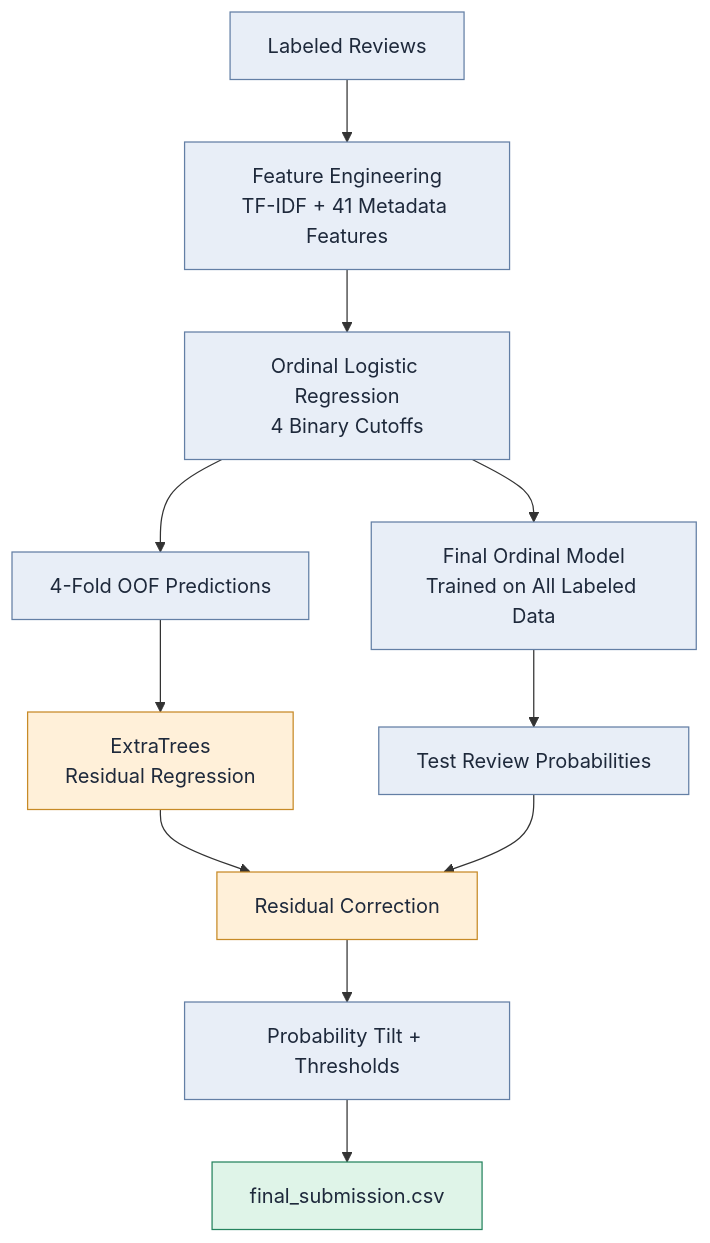
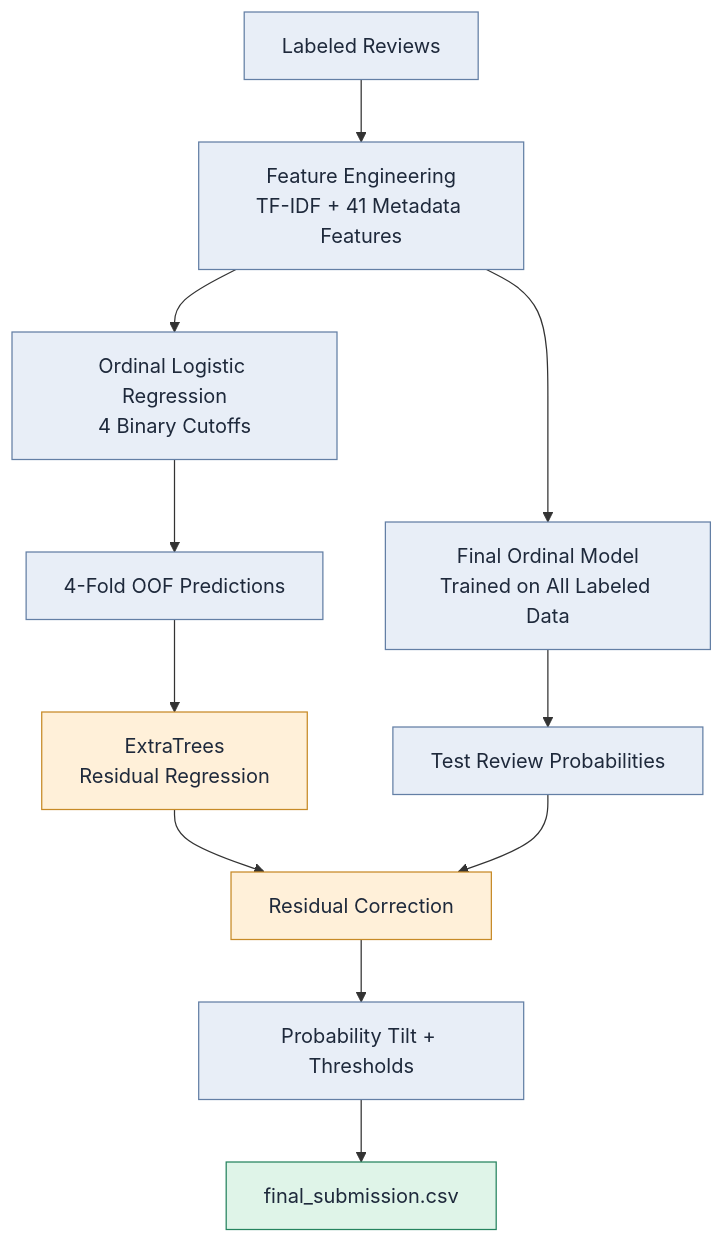
One commit to eshaanagarwal06/CS506_Midterm_Eshaan_Agarwal changed the second of 2 diagrams in README.md. Above: the diagram before and after it, drawn with Mermaid. The commit also changed other lines of this file, not shown here.

````diff
--- a/README.md
+++ b/README.md
@@ -118,29 +119,29 @@
 ```mermaid
 flowchart TB
     A["Labeled Reviews"] --> B["Feature Engineering<br/>TF-IDF + 41 Metadata Features"]
 
     B --> C["Ordinal Logistic Regression<br/>4 Binary Cutoffs"]
 
     C --> D["4-Fold OOF Predictions"]
     D --> E["ExtraTrees<br/>Residual Regression"]
 
-    C --> F["Final Ordinal Model<br/>Trained on All Labeled Data"]
+    B --> F["Final Ordinal Model<br/>Trained on All Labeled Data"]
 
     F --> G["Test Review Probabilities"]
     E --> H["Residual Correction"]
     G --> H
 
     H --> I["Probability Tilt + Thresholds"]
     I --> J["final_submission.csv"]
 
     style A fill:#e8eef7,stroke:#637fa5,color:#1e293b
     style B fill:#e8eef7,stroke:#637fa5,color:#1e293b
     style C fill:#e8eef7,stroke:#637fa5,color:#1e293b
     style D fill:#e8eef7,stroke:#637fa5,color:#1e293b
     style E fill:#fff0d9,stroke:#c78a27,color:#1e293b
     style F fill:#e8eef7,stroke:#637fa5,color:#1e293b
     style G fill:#e8eef7,stroke:#637fa5,color:#1e293b
     style H fill:#fff0d9,stroke:#c78a27,color:#1e293b
     style I fill:#e8eef7,stroke:#637fa5,color:#1e293b
     style J fill:#dff4e8,stroke:#25835e,color:#1e293b
 ```
````
